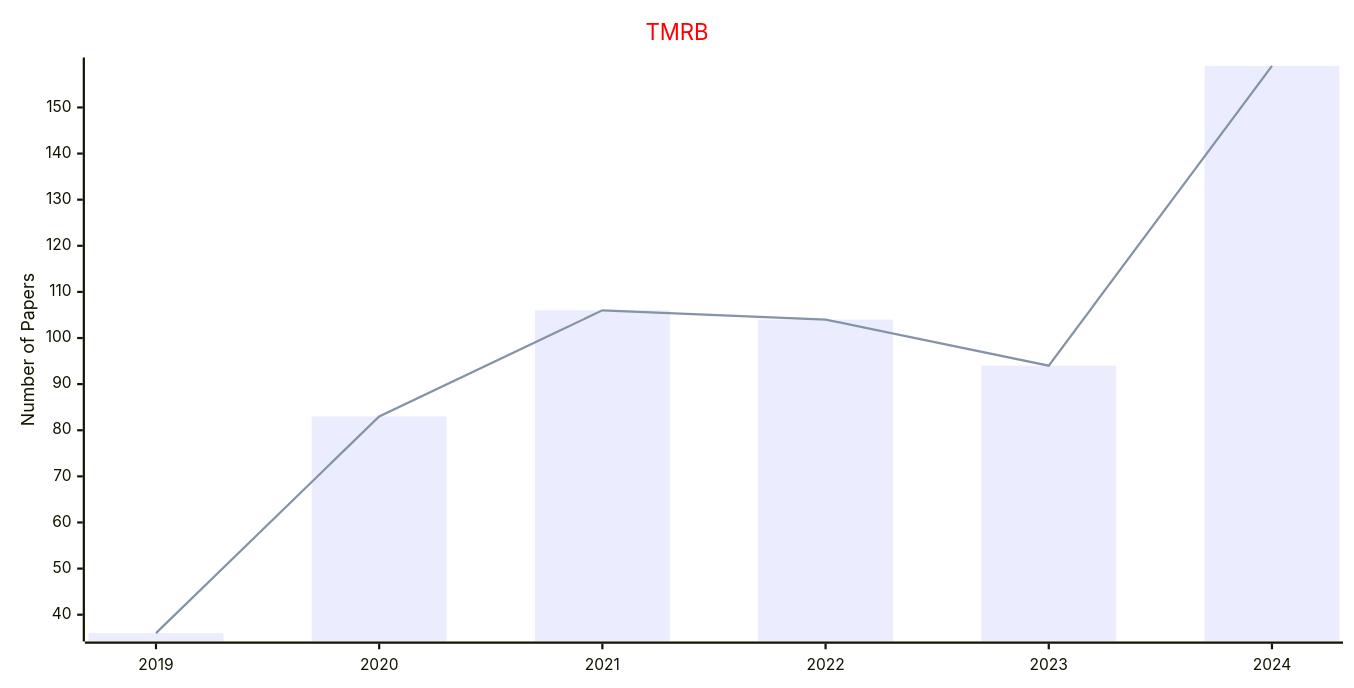
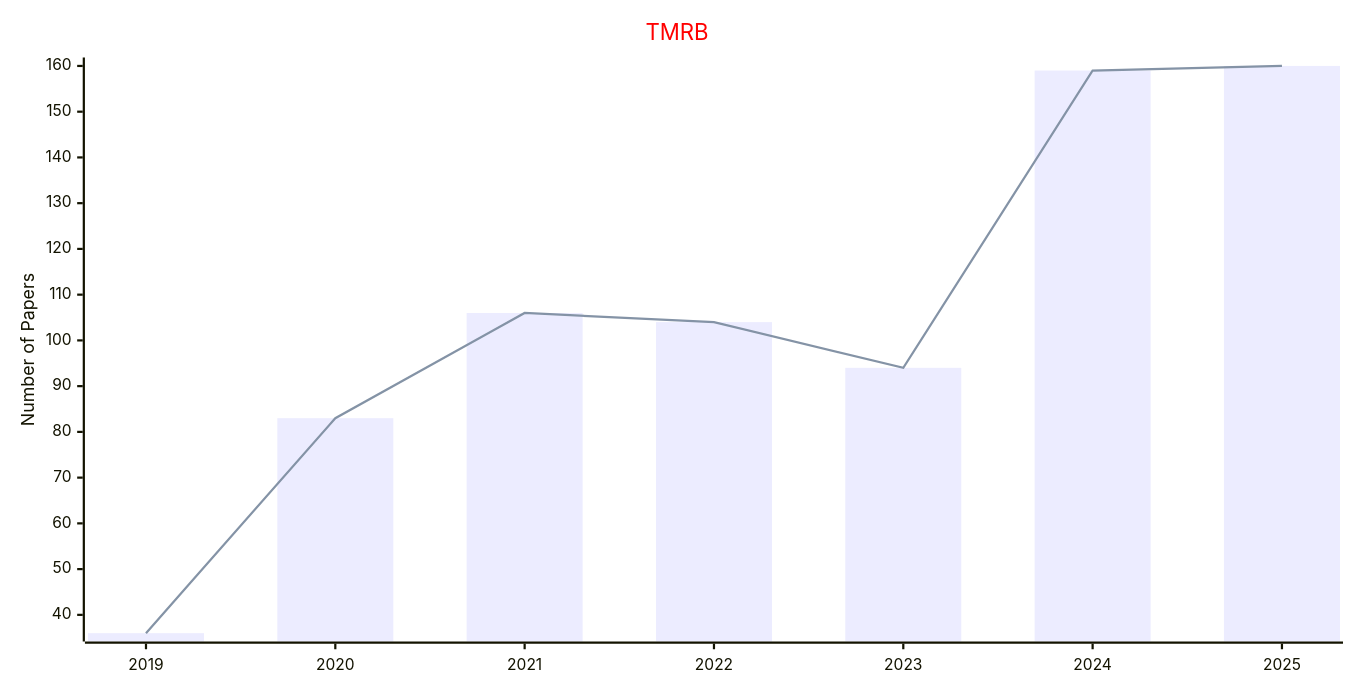
One commit to Easy-PhD/AILinks changed the diagram in docs/data/Journals/Statistics_Journals/Medical_Robotics.md. Above: the diagram before and after it, drawn with Mermaid. The commit also changed 107 other files, not shown here.

````diff
--- a/docs/data/Journals/Statistics_Journals/Medical_Robotics.md
+++ b/docs/data/Journals/Statistics_Journals/Medical_Robotics.md
@@ -9,17 +9,17 @@
 ```mermaid
 ---
 config:
     xyChart:
         width: 1200
         height: 600
     themeVariables:
         xyChart:
             titleColor: "#ff0000"
 ---
 xychart-beta
     title "TMRB"
-    x-axis [2019, 2020, 2021, 2022, 2023, 2024]
+    x-axis [2019, 2020, 2021, 2022, 2023, 2024, 2025]
     y-axis "Number of Papers"
-    bar [36, 83, 106, 104, 94, 159]
-    line [36, 83, 106, 104, 94, 159]
+    bar [36, 83, 106, 104, 94, 159, 160]
+    line [36, 83, 106, 104, 94, 159, 160]
 ```
````
